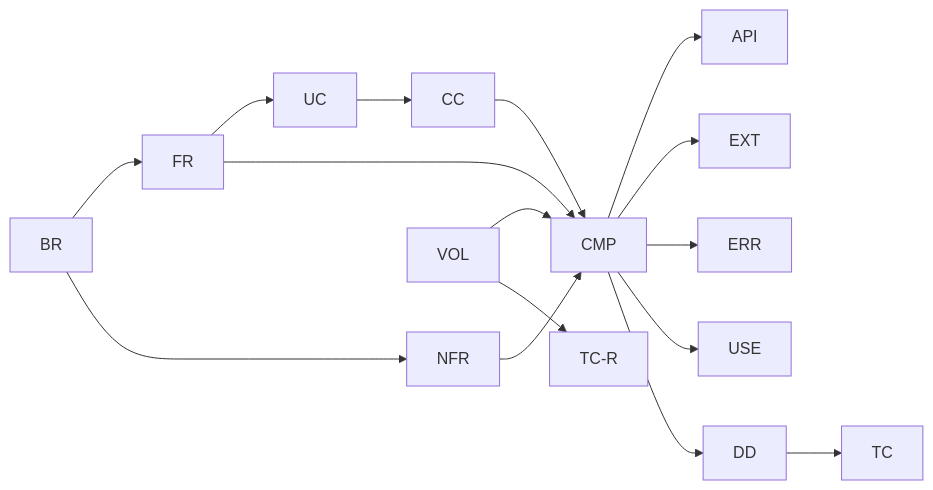
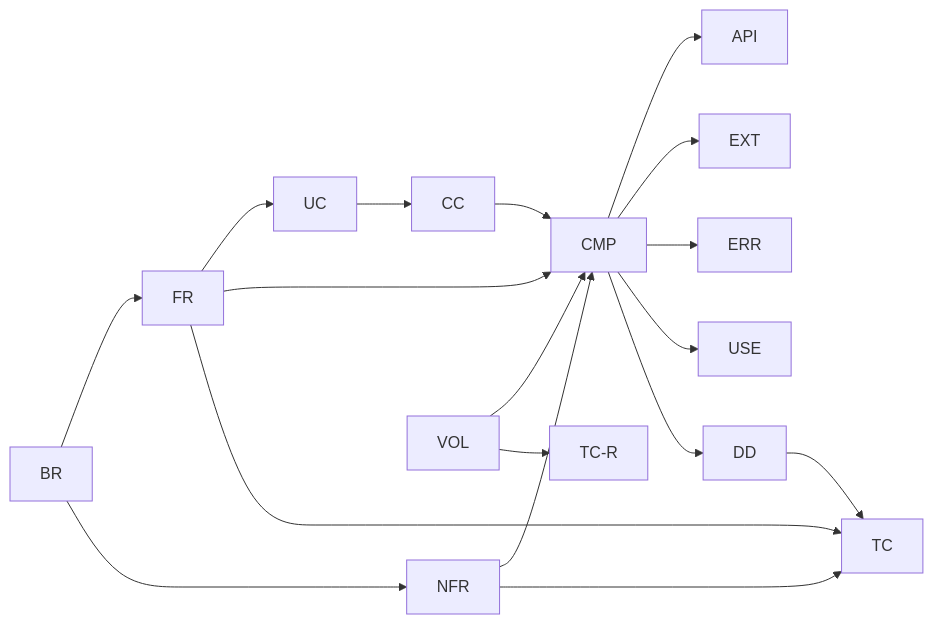
One commit to fukugyononuko/tensorcheck changed the diagram in docs/traceability.md. Above: the diagram before and after it, drawn with Mermaid. The commit also changed other lines of this file and 3 other files, not shown here.

````diff
--- a/docs/traceability.md
+++ b/docs/traceability.md
@@ -6,13 +6,14 @@
 ```mermaid
 flowchart LR
   BR --> FR & NFR
   FR --> UC
   UC --> CC
   CC --> CMP
   VOL --> CMP
   FR & NFR --> CMP
   CMP --> API & EXT & ERR & USE
   CMP --> DD
   DD --> TC
+  FR & NFR --> TC
   VOL --> TCR["TC-R"]
 ```
````
